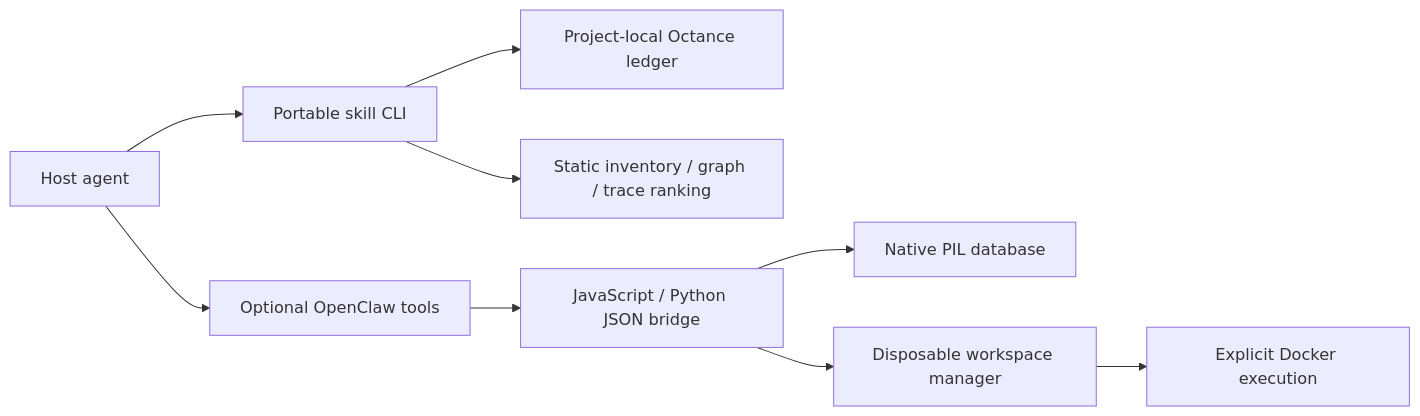
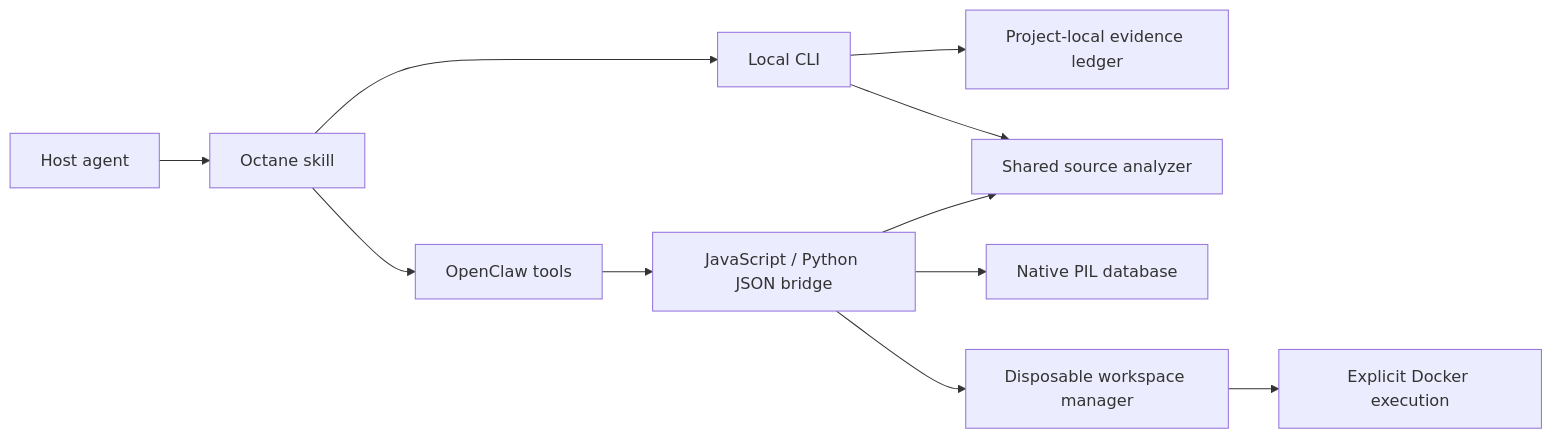
One commit to tempothrone-star/Octane changed the diagram in docs/project-review.md. Above: the diagram before and after it, drawn with Mermaid. The commit also changed other lines of this file and 42 other files, not shown here.

Commit message:
Unify Octane plugin skill and CLI under one project

````diff
--- a/docs/project-review.md
+++ b/docs/project-review.md
@@ -19,11 +19,13 @@
 ```mermaid
 flowchart LR
-    Agent[Host agent] --> Skill[Portable skill CLI]
-    Skill --> Ledger[Project-local Octance ledger]
-    Skill --> Triage[Static inventory / graph / trace ranking]
-    Agent --> Plugin[Optional OpenClaw tools]
+    Agent[Host agent] --> Skill[Octane skill]
+    Skill --> CLI[Local CLI]
+    CLI --> Ledger[Project-local evidence ledger]
+    CLI --> Analyzer[Shared source analyzer]
+    Skill --> Plugin[OpenClaw tools]
     Plugin --> Bridge[JavaScript / Python JSON bridge]
+    Bridge --> Analyzer
     Bridge --> PIL[Native PIL database]
     Bridge --> Workspace[Disposable workspace manager]
     Workspace --> Docker[Explicit Docker execution]
 ```
````
